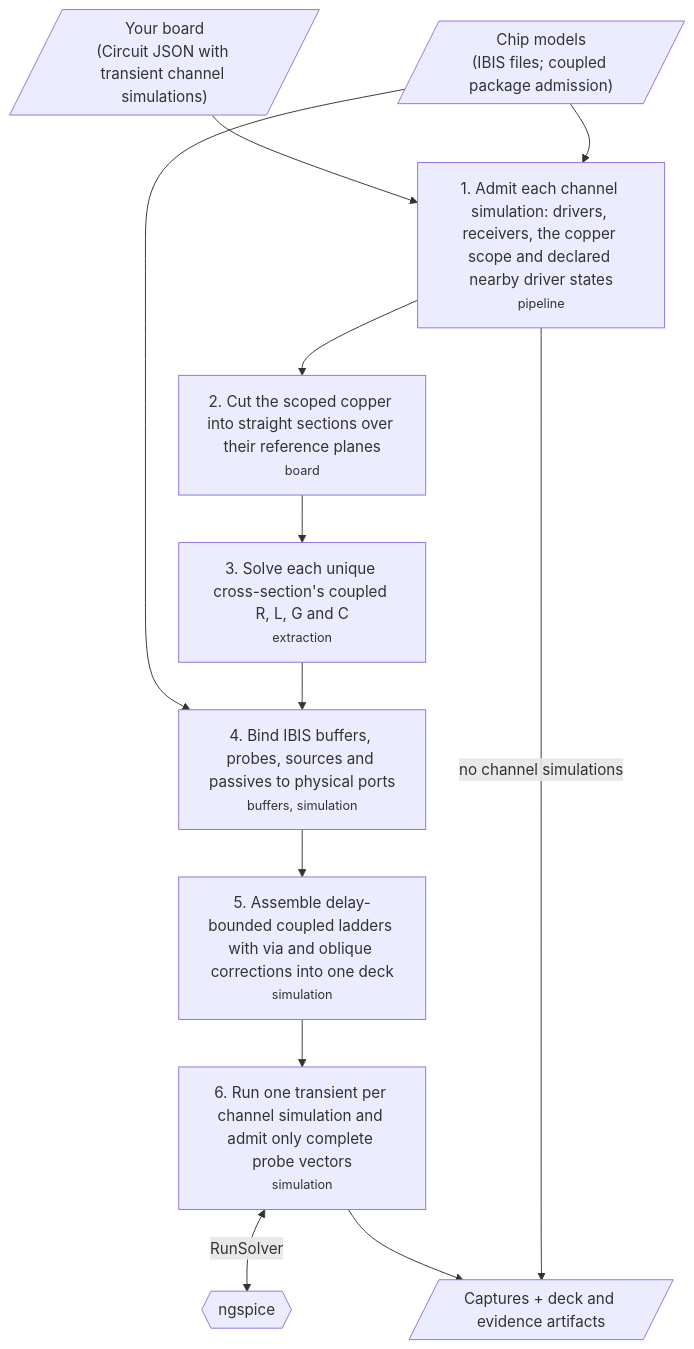
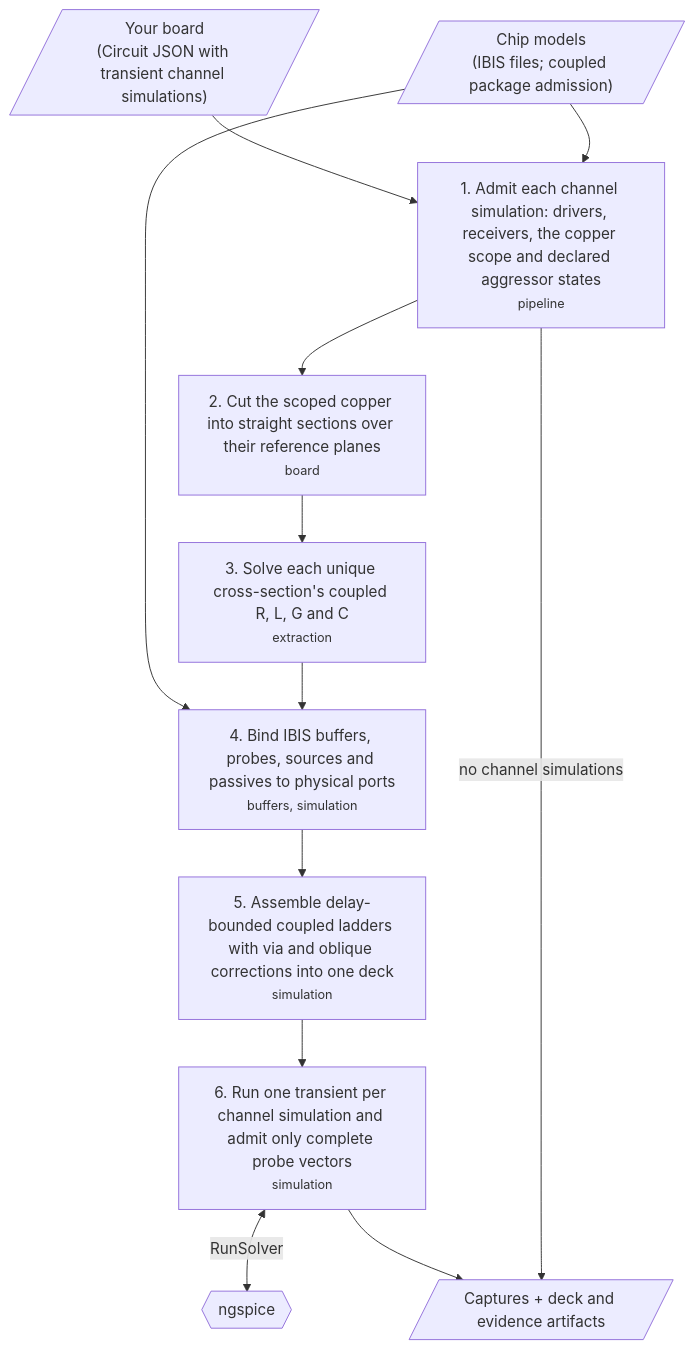
One commit to draarivpatel-ui/signal-integrity-pipeline changed the second of 4 diagrams in README.md. Above: the diagram before and after it, drawn with Mermaid. The commit also changed other lines of this file and 23 other files, not shown here.

Commit message:
feat: rename nearby driver controls to aggressor

````diff
--- a/README.md
+++ b/README.md
@@ -116,14 +117,14 @@
 ```mermaid
 flowchart TD
-  board[/"Your board<br/>(Circuit JSON with transient channel simulations)"/] --> s1["1. Admit each channel simulation: drivers, receivers, the copper scope and declared nearby driver states<br/><small>pipeline</small>"]
+  board[/"Your board<br/>(Circuit JSON with transient channel simulations)"/] --> s1["1. Admit each channel simulation: drivers, receivers, the copper scope and declared aggressor states<br/><small>pipeline</small>"]
   chips[/"Chip models<br/>(IBIS files; coupled package admission)"/] --> s1
   s1 --> s2["2. Cut the scoped copper into straight sections over their reference planes<br/><small>board</small>"]
   s2 --> s3["3. Solve each unique cross-section's coupled R, L, G and C<br/><small>extraction</small>"]
   chips --> s4
   s3 --> s4["4. Bind IBIS buffers, probes, sources and passives to physical ports<br/><small>buffers, simulation</small>"]
   s4 --> s5["5. Assemble delay-bounded coupled ladders with via and oblique corrections into one deck<br/><small>simulation</small>"]
   s5 --> s6["6. Run one transient per channel simulation and admit only complete probe vectors<br/><small>simulation</small>"]
   s6 <-->|"RunSolver"| ng{{"ngspice"}}
   s6 --> out[/"Captures + deck and evidence artifacts"/]
   s1 -->|"no channel simulations"| out
 ```
````
